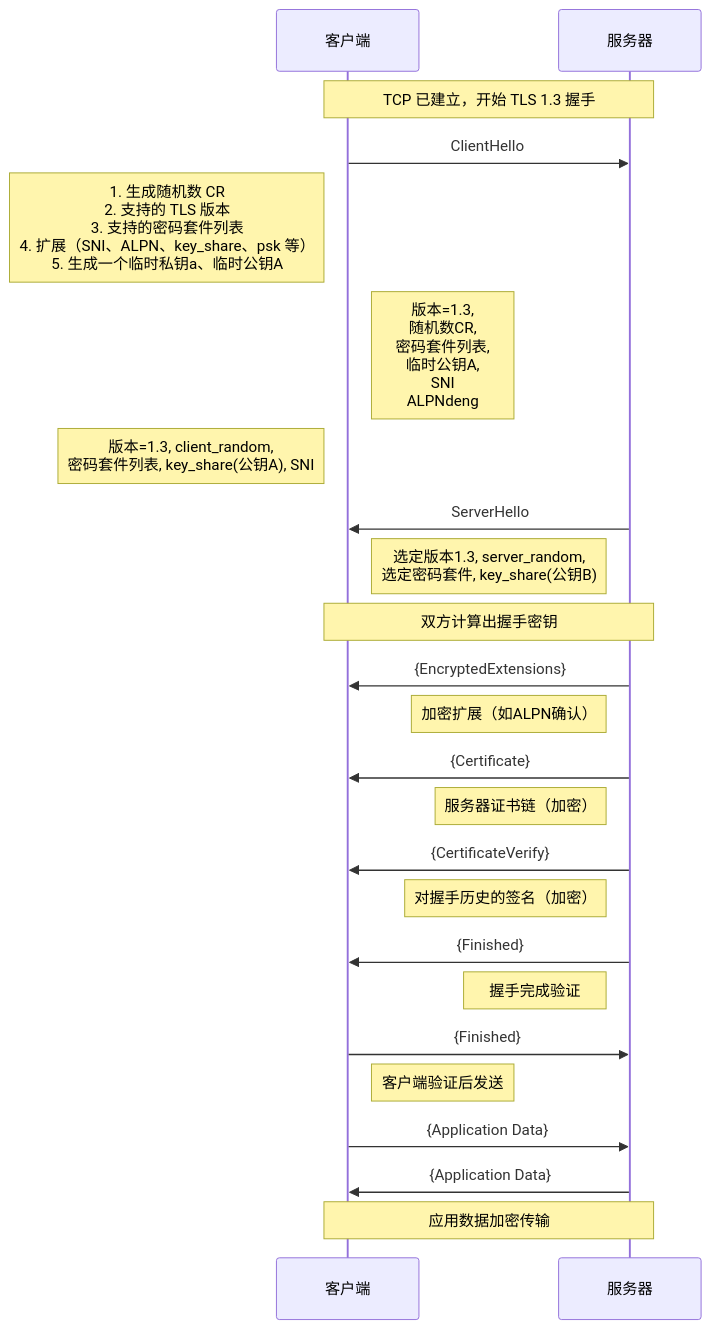
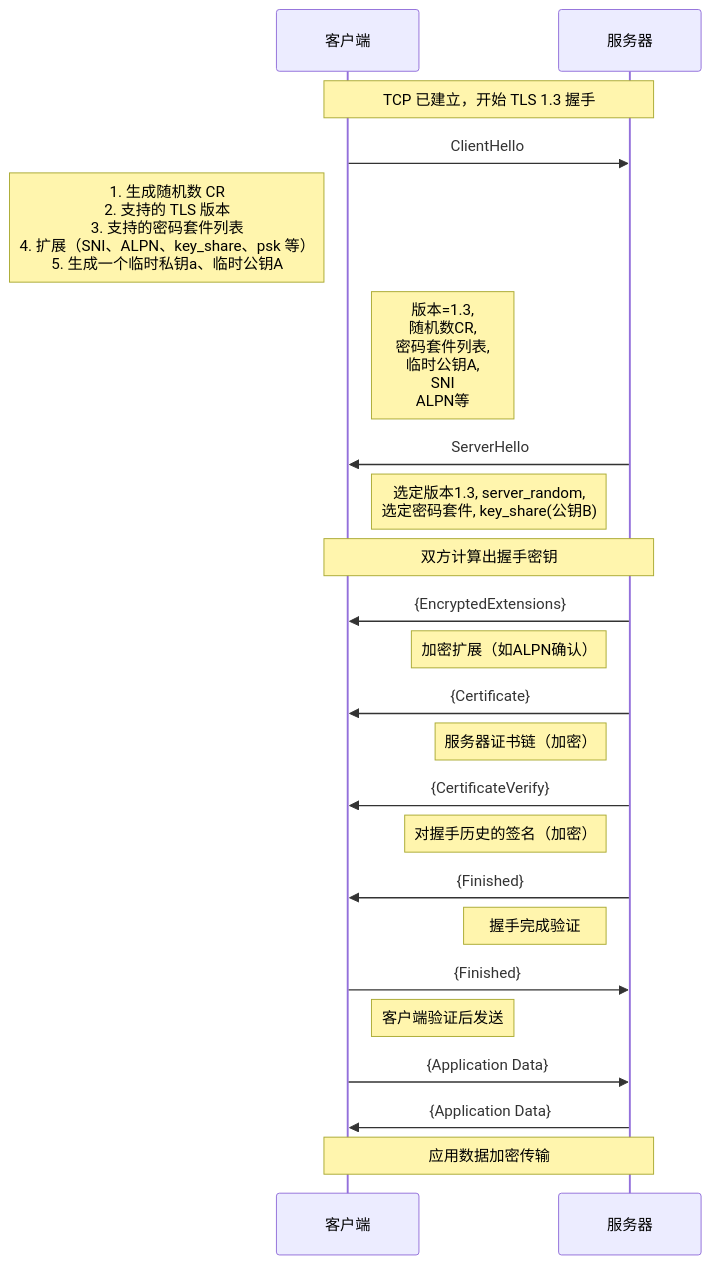
Before and after one commit to HY-10-8/iodraw-files: the diagram in all/TLS-1.3-通用.md, drawn with Mermaid.

Commit message:
2026-03-30 17:58:50 update

````diff
--- a/all/TLS-1.3-通用.md
+++ b/all/TLS-1.3-通用.md
@@ -1,36 +1,35 @@
 ```mermaid
 sequenceDiagram
     participant C as 客户端
     participant S as 服务器
 
     Note over C,S: TCP 已建立，开始 TLS 1.3 握手
 
     C->>S: ClientHello
     Note left of C: 1. 生成随机数 CR<br/> 2. 支持的 TLS 版本<br/> 3. 支持的密码套件列表<br/> 4. 扩展（SNI、ALPN、key_share、psk 等）<br/> 5. 生成一个临时私钥a、临时公钥A
-    Note right of C: 版本=1.3,<br/> 随机数CR,<br/> 密码套件列表,<br/> 临时公钥A,<br/> SNI<br/> ALPNdeng
-    Note left of C: 版本=1.3, client_random,<br/> 密码套件列表, key_share(公钥A), SNI
+    Note right of C: 版本=1.3,<br/> 随机数CR,<br/> 密码套件列表,<br/> 临时公钥A,<br/> SNI<br/> ALPN等
 
     S->>C: ServerHello
     Note left of S: 选定版本1.3, server_random,<br/> 选定密码套件, key_share(公钥B)
 
     Note over C,S: 双方计算出握手密钥
 
     S->>C: {EncryptedExtensions}
     Note left of S: 加密扩展（如ALPN确认）
 
     S->>C: {Certificate}
     Note left of S: 服务器证书链（加密）
 
     S->>C: {CertificateVerify}
     Note left of S: 对握手历史的签名（加密）
 
     S->>C: {Finished}
     Note left of S: 握手完成验证
 
     C->>S: {Finished}
     Note right of C: 客户端验证后发送
 
     C->>S: {Application Data}
     S->>C: {Application Data}
     Note over C,S: 应用数据加密传输
 ```
````
